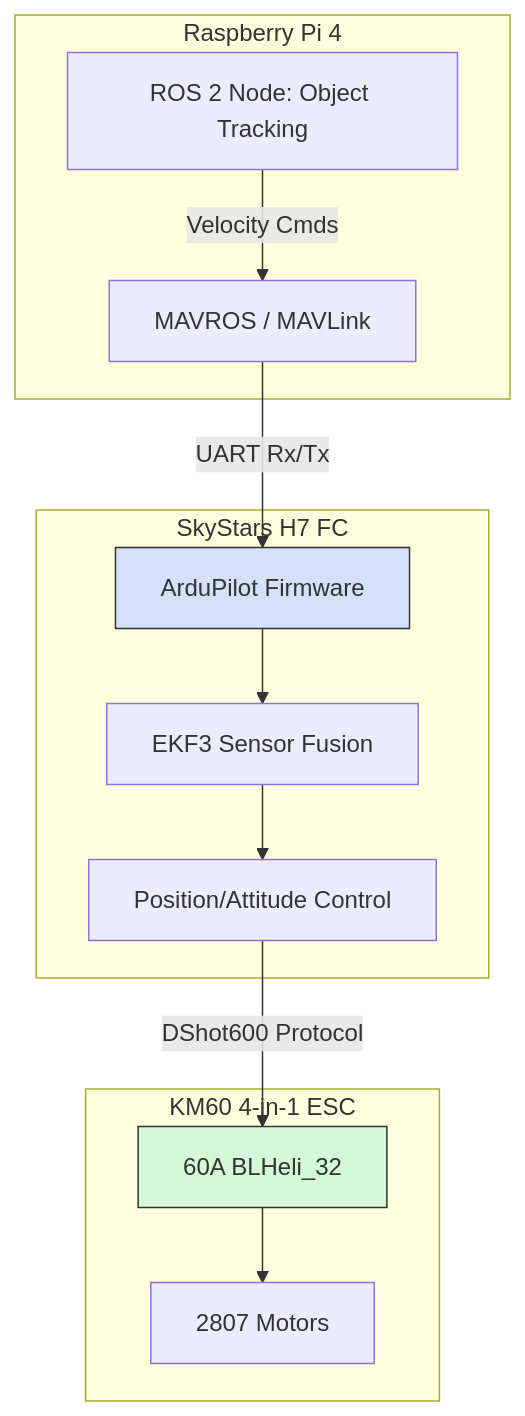
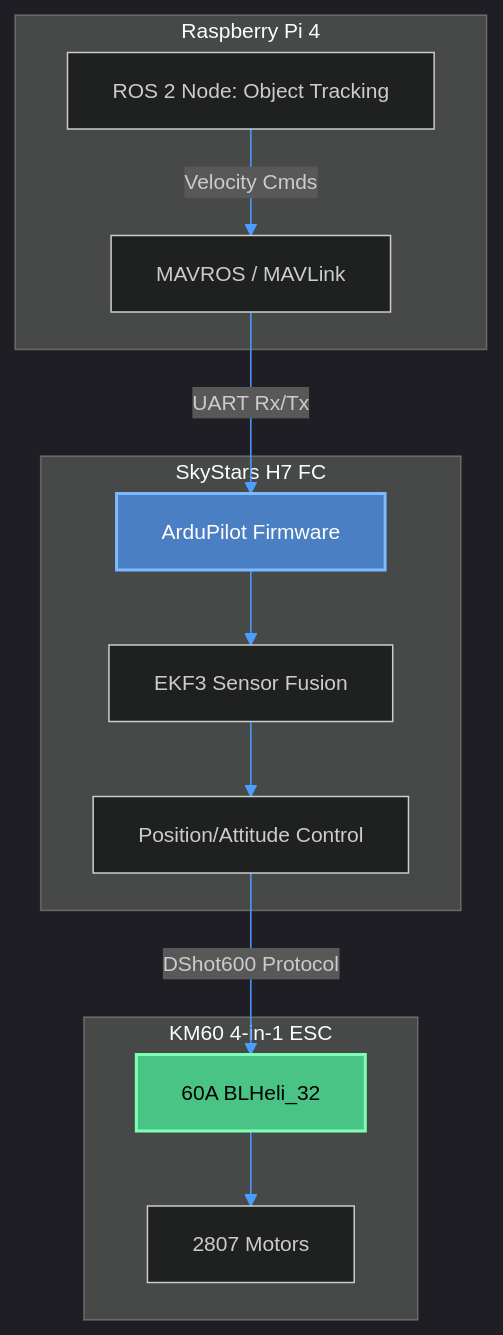
Before and after one commit to ironLegion88/Autonomous-UAV: the second of 2 diagrams in docs/Trade_Studies/02_Flight_Controller_Stack.md, drawn with Mermaid. The commit also changed other lines of this file and 10 other files, not shown here.

Commit message:
docs: Improve Mermaid theming contrast

````diff
--- a/docs/Trade_Studies/02_Flight_Controller_Stack.md
+++ b/docs/Trade_Studies/02_Flight_Controller_Stack.md
@@ -66,20 +67,21 @@
 ```mermaid
+%%{init: {'theme': 'dark', 'themeVariables': {'fontSize': '14px', 'primaryColor': '#1e1e1e', 'primaryTextColor': '#ffffff', 'primaryBorderColor': '#4a9eff', 'lineColor': '#4a9eff'}, 'flowchart': {'useMaxWidth': true}}}%%
 flowchart TD
     subgraph Compute Target [Raspberry Pi 4]
     ROS[ROS 2 Node: Object Tracking] --> |Velocity Cmds| MAV[MAVROS / MAVLink]
     end
 
     subgraph Flight Stack [SkyStars H7 FC]
     MAV --> |UART Rx/Tx| AP[ArduPilot Firmware]
     AP --> EKF[EKF3 Sensor Fusion]
     EKF --> PID[Position/Attitude Control]
     end
 
     subgraph Actuation [KM60 4-in-1 ESC]
     PID --> |DShot600 Protocol| ESC[60A BLHeli_32]
     ESC --> M[2807 Motors]
     end
     
-    style AP fill:#d4e1f9,stroke:#333
-    style ESC fill:#d4f9d8,stroke:#333
+    style AP fill:#4a7fc4,stroke:#7cb9ff,stroke-width:2px,color:#ffffff
+    style ESC fill:#4ac485,stroke:#7cffb3,stroke-width:2px,color:#000000
 ```
````
